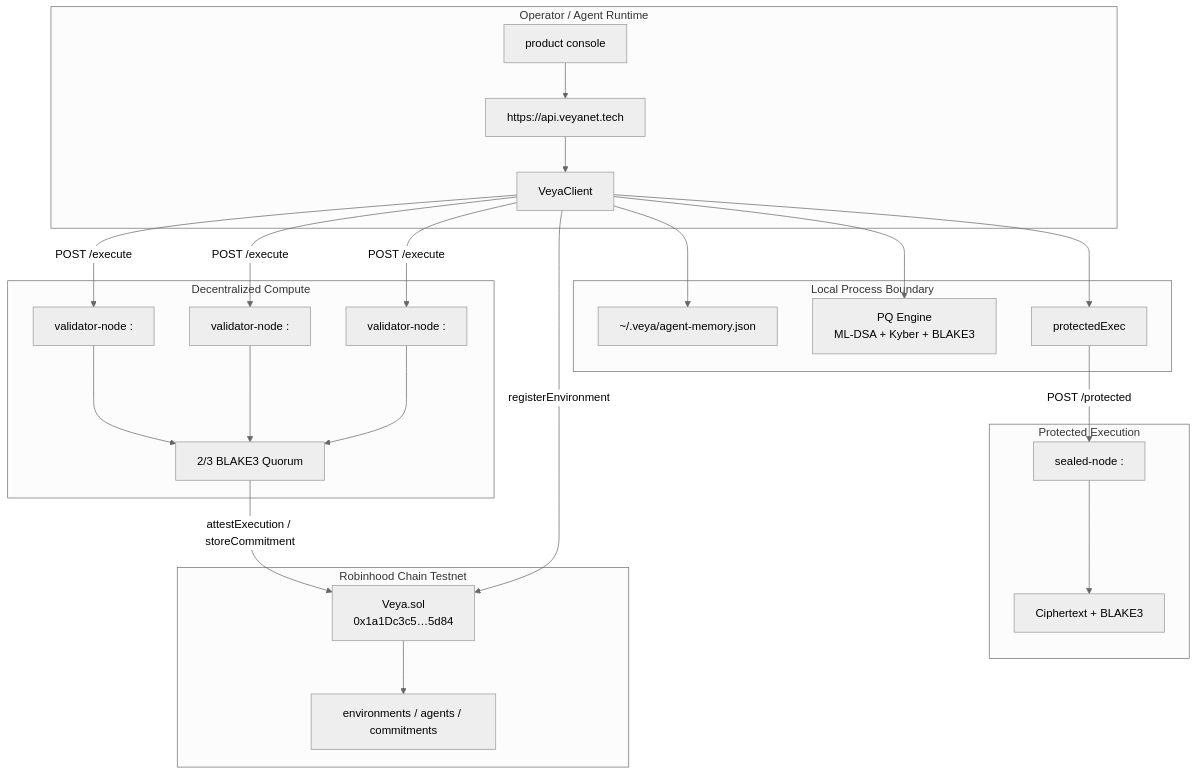
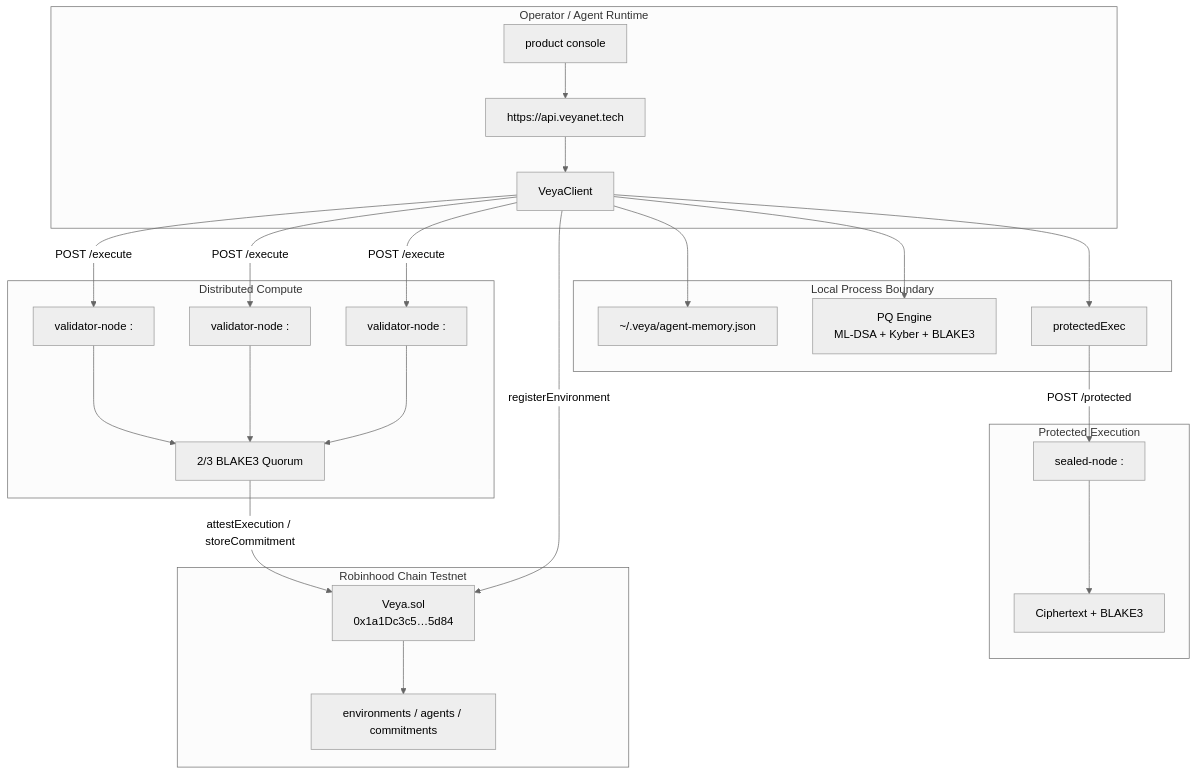
The third of 13 diagrams in docs/ARCHITECTURE.md (veyanet/veya-sdk), drawn with Mermaid (neutral theme) before and after one commit. The commit also changed other lines of this file, not shown here.

Commit message:
docs: update ARCHITECTURE for 1.2.11 and exact SDK pin

````diff
--- a/docs/ARCHITECTURE.md
+++ b/docs/ARCHITECTURE.md
@@ -267,48 +267,48 @@
 ```mermaid
 flowchart TB
     subgraph OperatorLayer["Operator / Agent Runtime"]
         Client["VeyaClient"]
         API["https://api.veyanet.tech"]
         Dash["product console"]
     end
 
     subgraph LocalBoundary["Local Process Boundary"]
         Store["~/.veya/agent-memory.json"]
         PQ["PQ Engine\nML-DSA + Kyber + BLAKE3"]
         SealClient["protectedExec"]
     end
 
-    subgraph ComputeFleet["Decentralized Compute"]
+    subgraph ComputeFleet["Distributed Compute"]
         V1["validator-node :<port-1>"]
         V2["validator-node :<port-2>"]
         V3["validator-node :<port-3>"]
         Quorum["2/3 BLAKE3 Quorum"]
     end
 
     subgraph SealedBoundary["Protected Execution"]
         SNode["sealed-node :<sealed-port>"]
         Cipher["Ciphertext + BLAKE3"]
     end
 
     subgraph Robinhood["Robinhood Chain Testnet"]
         Prog["Veya.sol\n0x1a1Dc3c5…5d84"]
         Maps["environments / agents / commitments"]
     end
 
     Dash --> API
     API --> Client
     Client --> PQ
     Client --> Store
     Client --> SealClient
     Client -->|"POST /execute"| V1
     Client -->|"POST /execute"| V2
     Client -->|"POST /execute"| V3
     V1 --> Quorum
     V2 --> Quorum
     V3 --> Quorum
     SealClient -->|"POST /protected"| SNode
     SNode --> Cipher
     Quorum -->|"attestExecution / storeCommitment"| Prog
     Client -->|"registerEnvironment"| Prog
     Prog --> Maps
 ```
````
